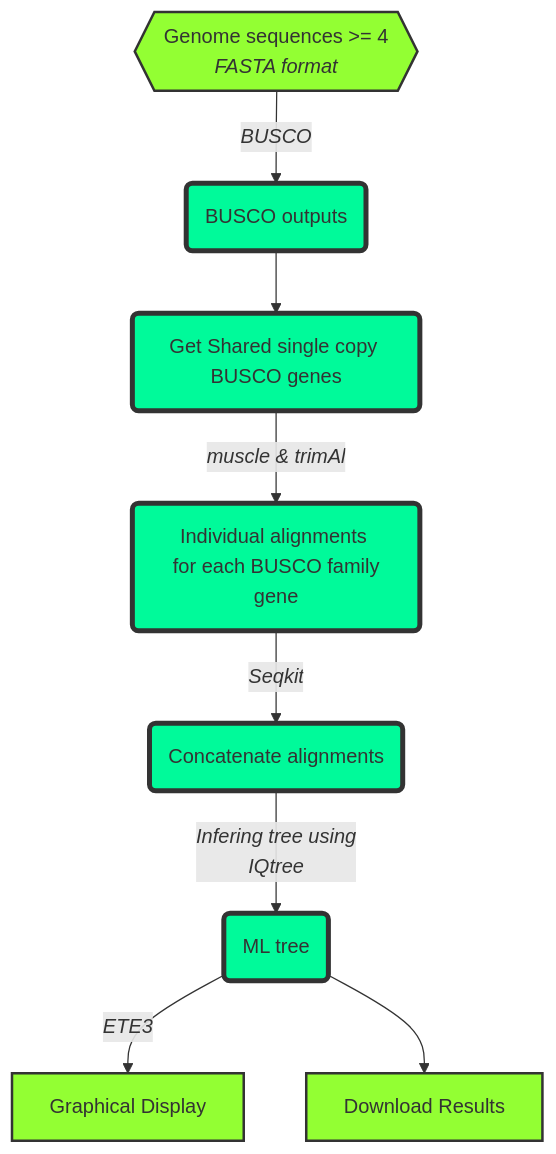
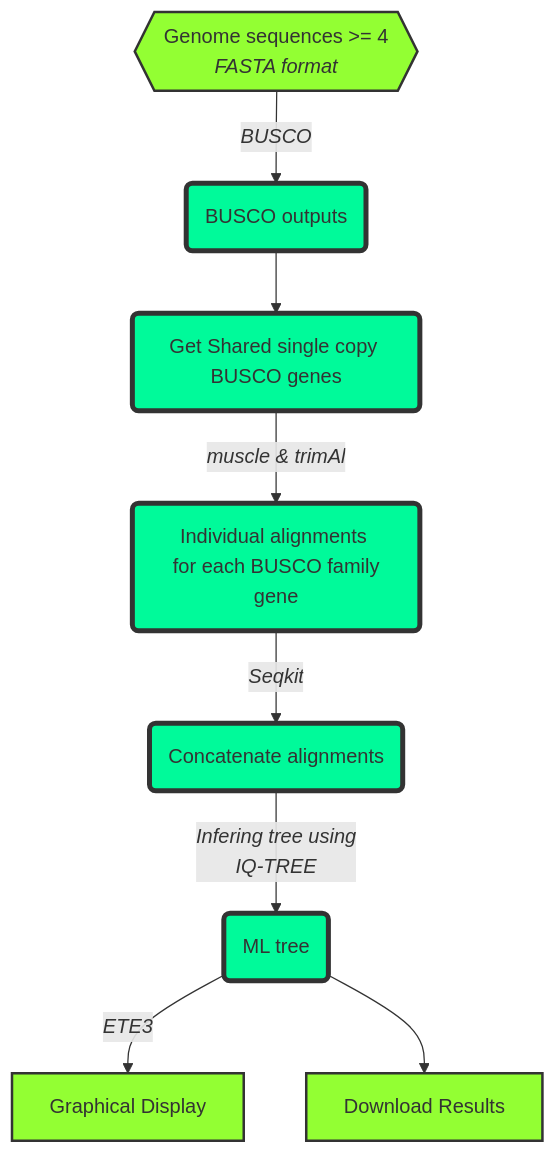
Before and after one commit to alaesahbou/BuscoPhylo: the diagram in README.md, drawn with Mermaid.

````diff
--- a/README.md
+++ b/README.md
@@ -7,20 +7,20 @@
 ```mermaid
 graph TD
     
     a{{Genome sequences >= 4 <br> <i>FASTA format}} -- <i>BUSCO --> b(BUSCO outputs)
     b --> c(Get Shared single copy BUSCO genes)
     c --> |<i>muscle & trimAl| d(Individual alignments <br> for each BUSCO family gene)
     d -- <i>Seqkit --> e(Concatenate alignments)
-    e --> |<i>Infering tree using <br>IQtree| f(ML tree)
+    e --> |<i>Infering tree using <br>IQ-TREE| f(ML tree)
     f --> |<i>ETE3| g[Graphical Display]
     f --> h[Download Results]
  
 
 
 
         classDef green fill:#93FF33,stroke:#333,stroke-width:2px
         classDef blue fill:#00FA9A,stroke:#333,stroke-width:4px
        
         class g,a,h green
         class b,c,d,e,f blue
  ```      
````
